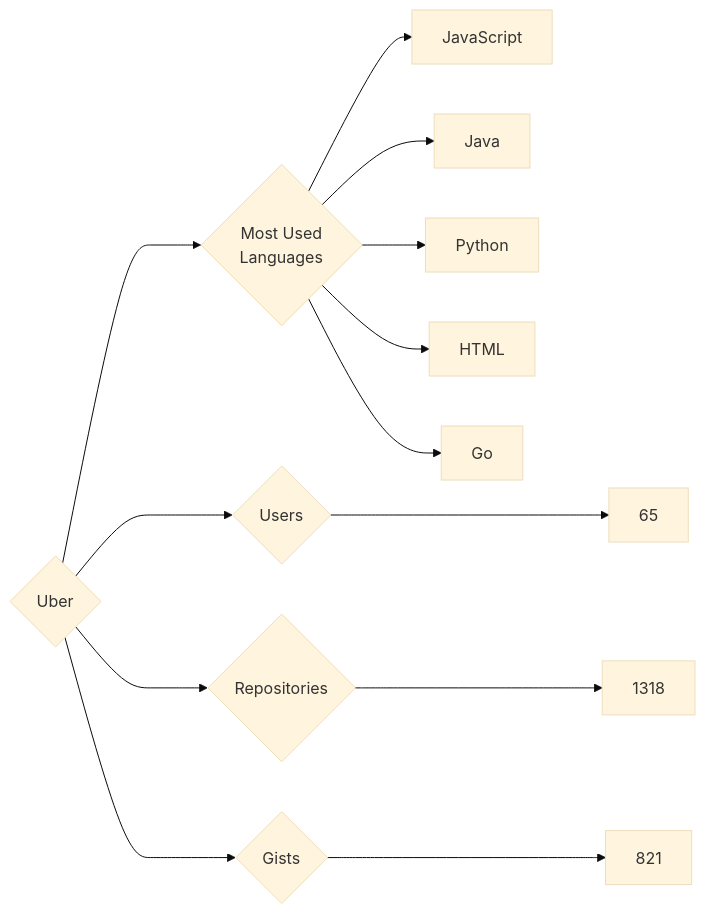
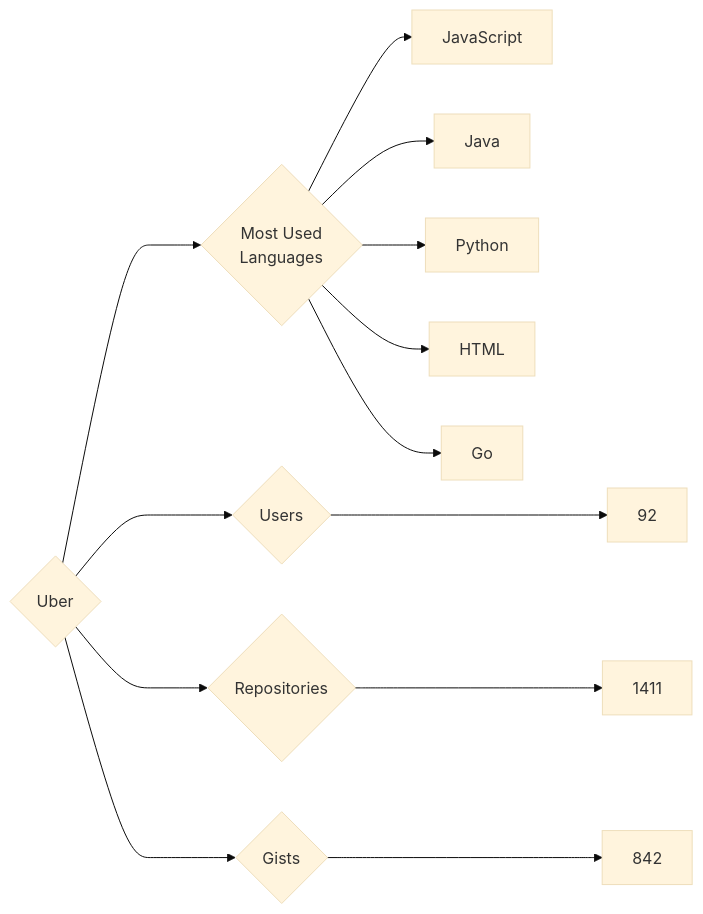
Before and after one commit to trickest/insiders: the diagram in targets/Uber/README.md, drawn with Mermaid (base theme). The commit also changed 964 other files, not shown here.

````diff
--- a/targets/Uber/README.md
+++ b/targets/Uber/README.md
@@ -3,13 +3,13 @@
 ```mermaid
 graph LR
 COMPANY_NAME{Uber}
-COMPANY_NAME ---> U{Users} ---> UN[65]
-COMPANY_NAME ---> R{Repositories} ---> RN[1318]
-COMPANY_NAME ---> G{Gists} ---> GN[821]
+COMPANY_NAME ---> U{Users} ---> UN[92]
+COMPANY_NAME ---> R{Repositories} ---> RN[1411]
+COMPANY_NAME ---> G{Gists} ---> GN[842]
 COMPANY_NAME ---> ML{Most Used<br>Languages}
 ML --> JavaScript[JavaScript]
 ML --> Java[Java]
 ML --> Python[Python]
 ML --> HTML[HTML]
 ML --> Go[Go]
 ```
````
